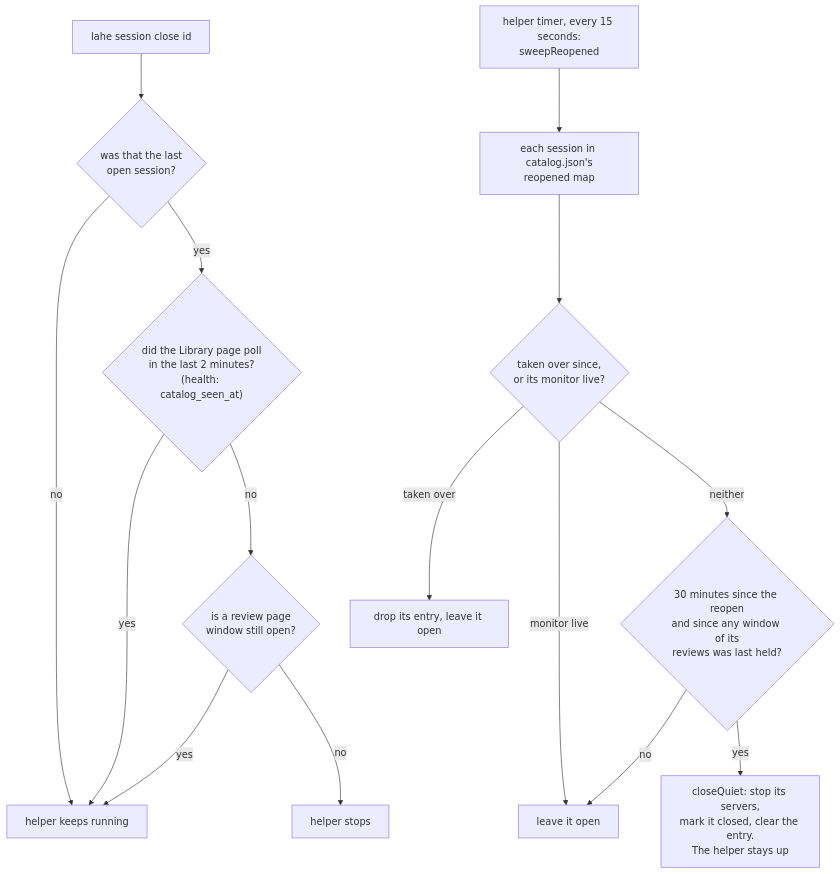
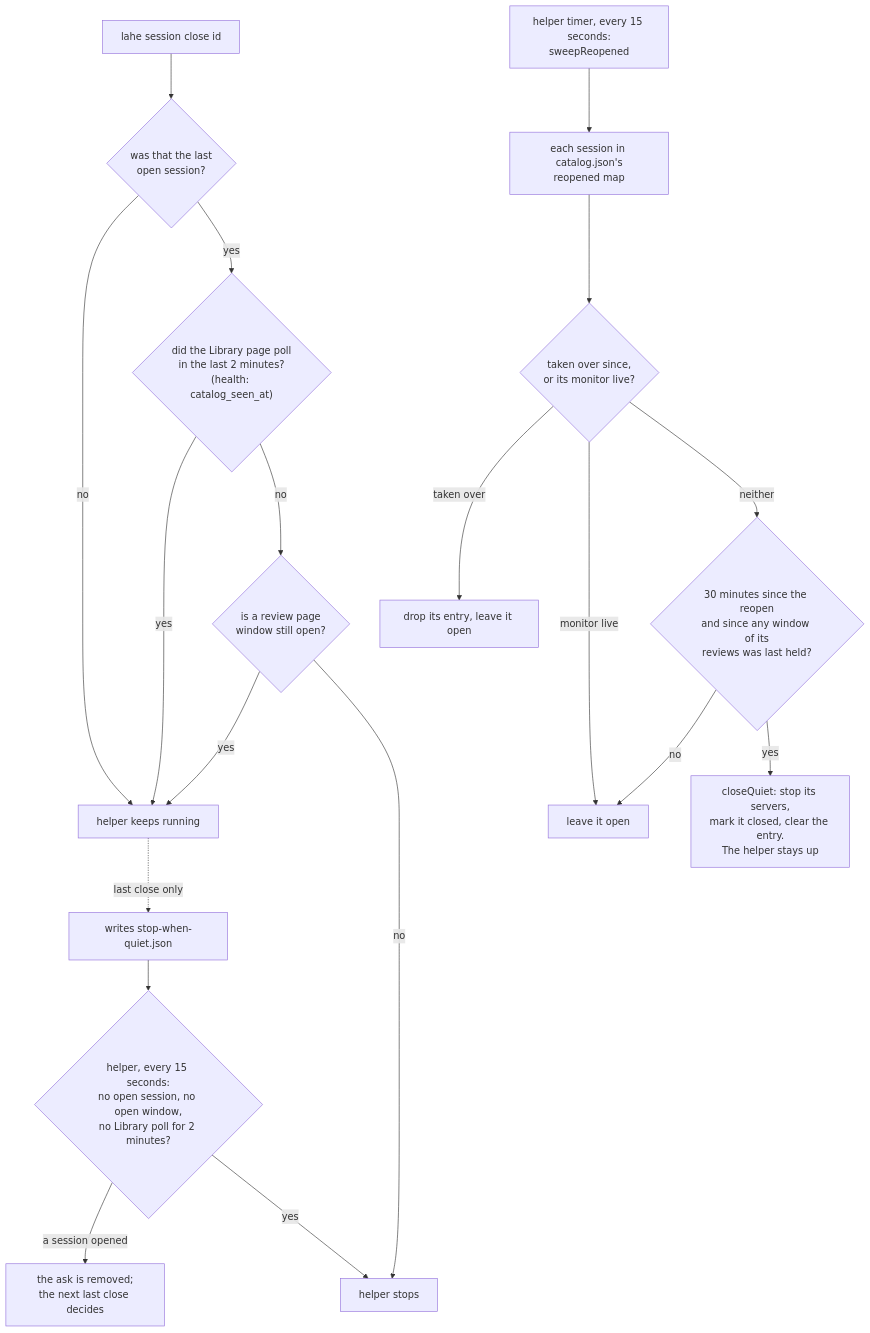
One commit to kenxle/live-agentic-html-editor changed the third of 3 diagrams in docs/diagrams/session_ownership.md. Above: the diagram before and after it, drawn with Mermaid. The commit also changed other lines of this file and 46 other files, not shown here.

````diff
--- a/docs/diagrams/session_ownership.md
+++ b/docs/diagrams/session_ownership.md
@@ -111,18 +111,22 @@
 ```mermaid
 flowchart TD
     Close["lahe session close id"] --> Last{"was that the last<br/>open session?"}
     Last -->|"no"| Up["helper keeps running"]
     Last -->|"yes"| Polled{"did the Library page poll<br/>in the last 2 minutes?<br/>(health: catalog_seen_at)"}
     Polled -->|"yes"| Up
     Polled -->|"no"| Held{"is a review page<br/>window still open?"}
     Held -->|"yes"| Up
     Held -->|"no"| Stop["helper stops"]
+    Up -.->|"last close only"| Ask["writes stop-when-quiet.json"]
+    Ask --> SelfCheck{"helper, every 15 seconds:<br/>no open session, no open window,<br/>no Library poll for 2 minutes?"}
+    SelfCheck -->|"a session opened"| Cancel["the ask is removed;<br/>the next last close decides"]
+    SelfCheck -->|"yes"| Stop
 
     Timer["helper timer, every 15 seconds:<br/>sweepReopened"] --> Each["each session in catalog.json's<br/>reopened map"]
     Each --> Moved{"taken over since,<br/>or its monitor live?"}
     Moved -->|"taken over"| Drop["drop its entry, leave it open"]
     Moved -->|"monitor live"| Leave["leave it open"]
     Moved -->|"neither"| Quiet{"30 minutes since the reopen<br/>and since any window of its<br/>reviews was last held?"}
     Quiet -->|"no"| Leave
     Quiet -->|"yes"| CloseQuiet["closeQuiet: stop its servers,<br/>mark it closed, clear the entry.<br/>The helper stays up"]
 ```
````
